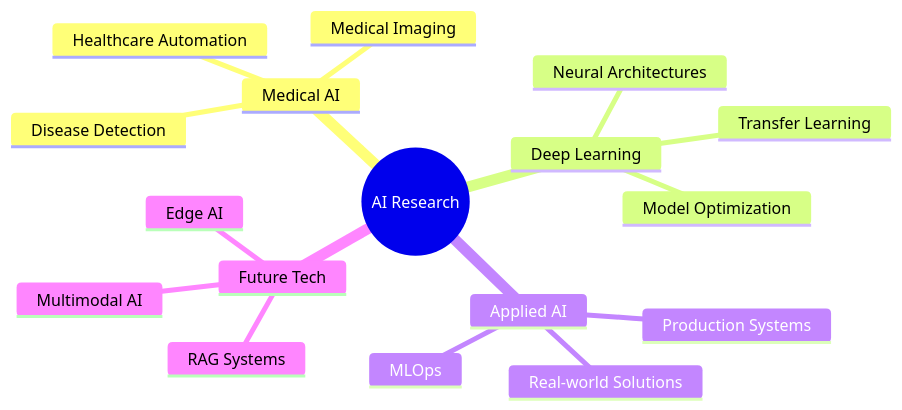
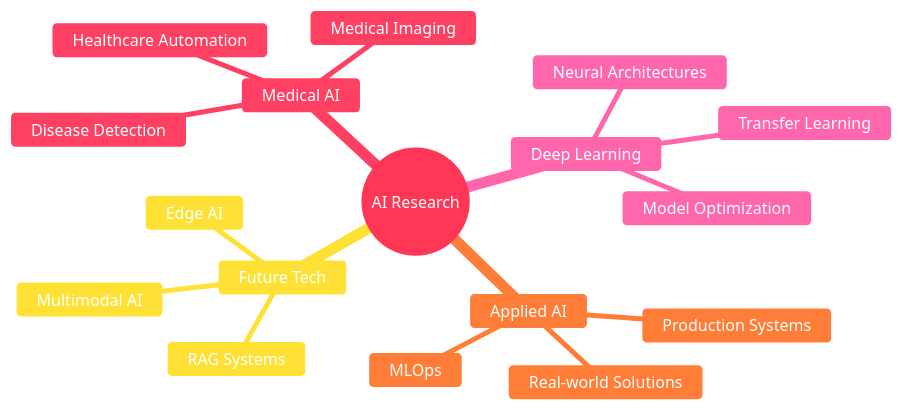
One commit to Ycmmn/Ycmmn changed the diagram in README.md. Above: the diagram before and after it, drawn with Mermaid.

````diff
--- a/README.md
+++ b/README.md
@@ -173,20 +173,21 @@
 ```mermaid
+%%{init: {'theme':'base', 'themeVariables': { 'primaryColor':'#FFB6C1','primaryTextColor':'#fff','primaryBorderColor':'#FF69B4','lineColor':'#FF1493','secondaryColor':'#FFC0CB','tertiaryColor':'#FFE5F1','background':'#1a1a1a','mainBkg':'#FFB6C1','secondBkg':'#FFC0CB','tertiaryBkg':'#FFE5F1','nodeBorder':'#FF69B4','clusterBkg':'#FFE5F1','clusterBorder':'#FF69B4','titleColor':'#FF1493','edgeLabelBackground':'#FFE5F1','nodeTextColor':'#ffffff'}}}%%
 mindmap
   root((AI Research))
     Medical AI
       Disease Detection
       Medical Imaging
       Healthcare Automation
     Deep Learning
       Neural Architectures
       Transfer Learning
       Model Optimization
     Applied AI
       Production Systems
       MLOps
       Real-world Solutions
     Future Tech
       RAG Systems
       Multimodal AI
       Edge AI
 ```
````
